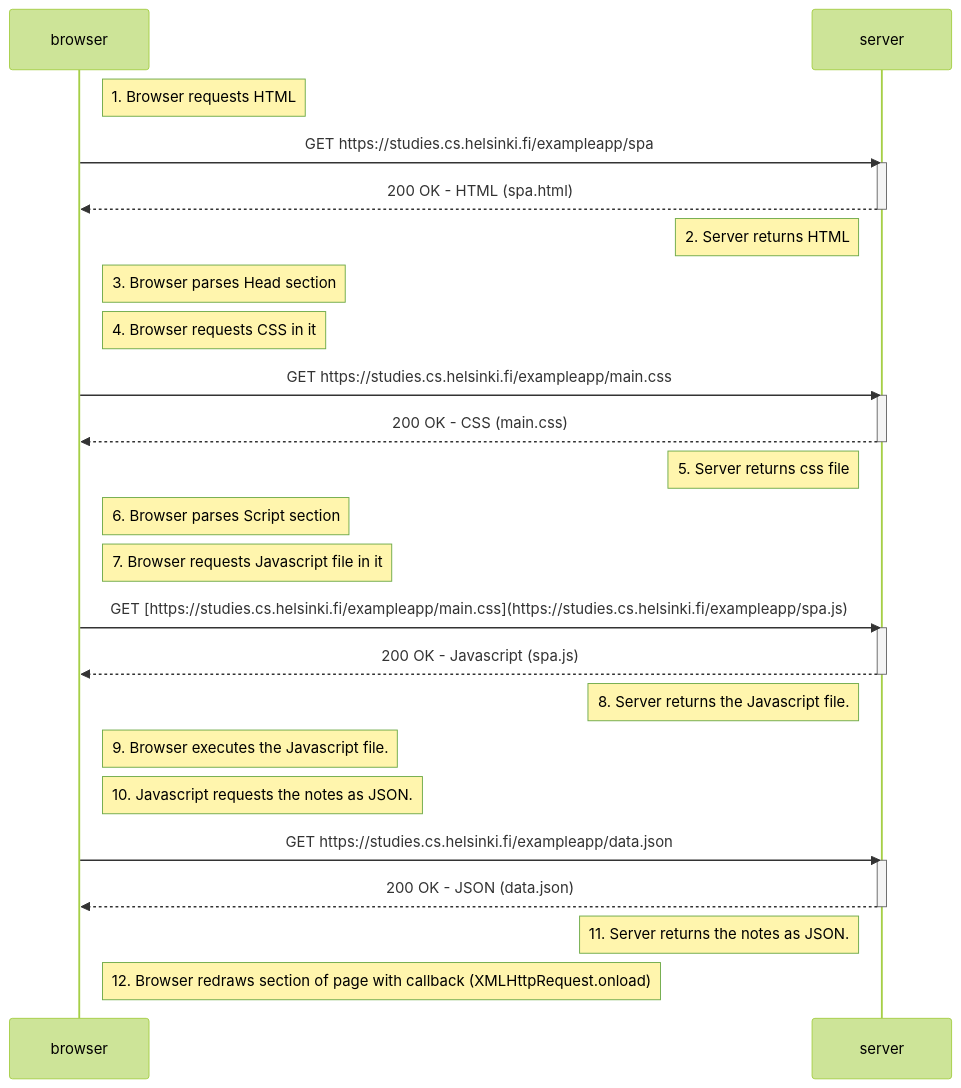
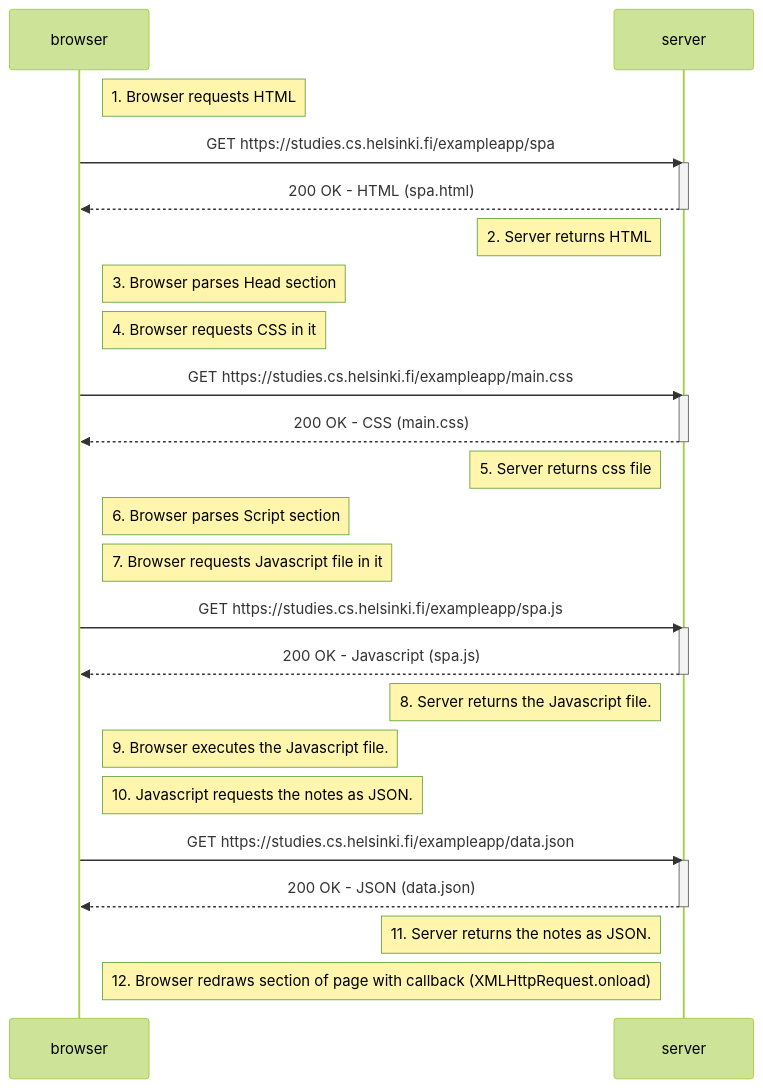
The diagram in osa0/0.5.md (DrFinger2/fullstackopen-2026), drawn with Mermaid (forest theme) before and after one commit.

````diff
--- a/osa0/0.5.md
+++ b/osa0/0.5.md
@@ -1,36 +1,36 @@
 ```mermaid
 sequenceDiagram
     participant browser
     participant server
 
     Note right of browser: 1. Browser requests HTML
     browser->>server: GET https://studies.cs.helsinki.fi/exampleapp/spa
     activate server
     server-->>browser: 200 OK - HTML (spa.html)
     deactivate server
     Note left of server: 2. Server returns HTML
 
     Note right of browser: 3. Browser parses Head section
     Note right of browser: 4. Browser requests CSS in it
     browser->>server: GET https://studies.cs.helsinki.fi/exampleapp/main.css
     activate server
     server-->>browser: 200 OK - CSS (main.css)
     deactivate server
     Note left of server: 5. Server returns css file
     Note right of browser: 6. Browser parses Script section
     Note right of browser: 7. Browser requests Javascript file in it
-    browser->>server: GET [https://studies.cs.helsinki.fi/exampleapp/main.css](https://studies.cs.helsinki.fi/exampleapp/spa.js)
+    browser->>server: GET https://studies.cs.helsinki.fi/exampleapp/spa.js
     activate server
     server-->>browser: 200 OK - Javascript (spa.js)
     deactivate server
     Note left of server: 8. Server returns the Javascript file.
     Note right of browser: 9. Browser executes the Javascript file.
     Note right of browser: 10. Javascript requests the notes as JSON.
     browser->>server: GET https://studies.cs.helsinki.fi/exampleapp/data.json
     activate server
     server-->>browser: 200 OK - JSON (data.json)
     deactivate server
     Note left of server: 11. Server returns the notes as JSON.
 
     Note right of browser: 12. Browser redraws section of page with callback (XMLHttpRequest.onload)
 ```
````
